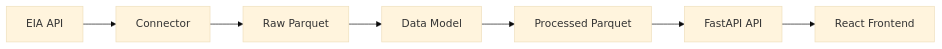
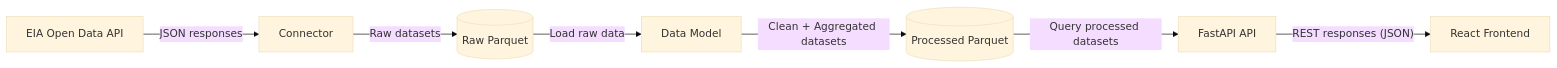
One commit to Guty90/nuclear-outages-pipeline changed the first of 2 diagrams in README.md. Above: the diagram before and after it, drawn with Mermaid (base theme).

````diff
--- a/README.md
+++ b/README.md
@@ -22,13 +22,15 @@
 ```mermaid
 flowchart LR
 
-A[EIA API] --> B[Connector]
-B --> C[Raw Parquet]
+A[EIA Open Data API] -- JSON responses --> B[Connector]
 
-C --> D[Data Model]
-D --> E[Processed Parquet]
+B -- Raw datasets --> C[(Raw Parquet)]
 
-E --> F[FastAPI API]
+C -- Load raw data --> D[Data Model]
 
-F --> G[React Frontend]
+D -- Clean + Aggregated datasets --> E[(Processed Parquet)]
+
+E -- Query processed datasets --> F[FastAPI API]
+
+F -- REST responses (JSON) --> G[React Frontend]
 ```
````
